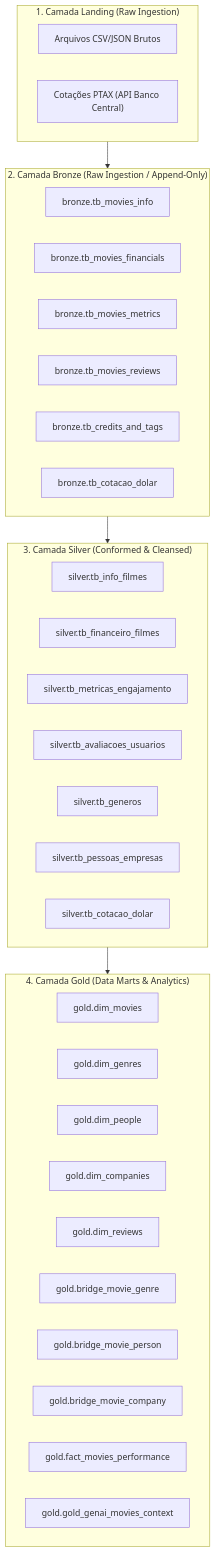
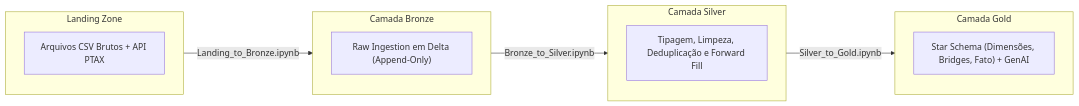
The diagram in README.md (msb7-jpg/visagio-atividade-dados-2026), drawn with Mermaid before and after one commit. The commit also changed other lines of this file and 91 other files, not shown here.

````diff
--- a/README.md
+++ b/README.md
@@ -11,45 +98,22 @@
 ```mermaid
-flowchart TD
-    subgraph Landing["1. Camada Landing (Raw Ingestion)"]
-        L1["Arquivos CSV/JSON Brutos"]
-        L2["Cotações PTAX (API Banco Central)"]
+flowchart LR
+    subgraph Landing["Landing Zone"]
+        L["Arquivos CSV Brutos + API PTAX"]
     end
 
-    subgraph Bronze["2. Camada Bronze (Raw Ingestion / Append-Only)"]
-        B1["bronze.tb_movies_info"]
-        B2["bronze.tb_movies_financials"]
-        B3["bronze.tb_movies_metrics"]
-        B4["bronze.tb_movies_reviews"]
-        B5["bronze.tb_credits_and_tags"]
-        B6["bronze.tb_cotacao_dolar"]
+    subgraph Bronze["Camada Bronze"]
+        B["Raw Ingestion em Delta (Append-Only)"]
     end
 
-    subgraph Silver["3. Camada Silver (Conformed & Cleansed)"]
-        S1["silver.tb_info_filmes"]
-        S2["silver.tb_financeiro_filmes"]
-        S3["silver.tb_metricas_engajamento"]
-        S4["silver.tb_avaliacoes_usuarios"]
-        S5["silver.tb_generos"]
-        S6["silver.tb_pessoas_empresas"]
-        S7["silver.tb_cotacao_dolar"]
+    subgraph Silver["Camada Silver"]
+        S["Tipagem, Limpeza, Deduplicação e Forward Fill"]
     end
 
-    subgraph Gold["4. Camada Gold (Data Marts & Analytics)"]
-        D_MOV["gold.dim_movies"]
-        D_GEN["gold.dim_genres"]
-        D_PEO["gold.dim_people"]
-        D_COM["gold.dim_companies"]
-        D_REV["gold.dim_reviews"]
-        
-        B_GEN["gold.bridge_movie_genre"]
-        B_PEO["gold.bridge_movie_person"]
-        B_COM["gold.bridge_movie_company"]
-        
-        F_PERF["gold.fact_movies_performance"]
-        G_AI["gold.gold_genai_movies_context"]
+    subgraph Gold["Camada Gold"]
+        G["Star Schema (Dimensões, Bridges, Fato) + GenAI"]
     end
 
-    Landing --> Bronze
-    Bronze --> Silver
-    Silver --> Gold
+    Landing -->|Landing_to_Bronze.ipynb| Bronze
+    Bronze -->|Bronze_to_Silver.ipynb| Silver
+    Silver -->|Silver_to_Gold.ipynb| Gold
 ```
````
